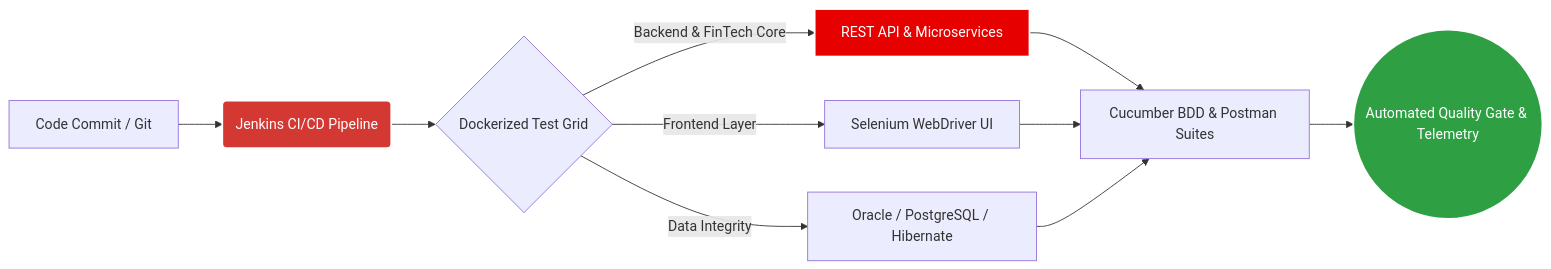
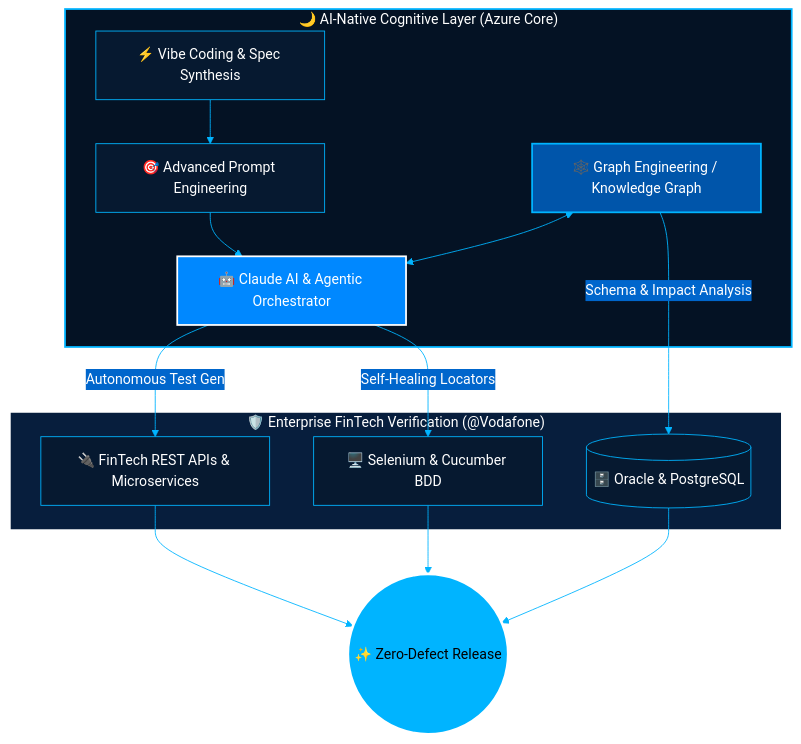
Before and after one commit to UyCoder/UyCoder: the diagram in README.md, drawn with Mermaid. The commit also changed other lines of this file, not shown here.

````diff
--- a/README.md
+++ b/README.md
@@ -58,15 +63,25 @@
 ```mermaid
-graph LR
-    A[Code Commit / Git] --> B(Jenkins CI/CD Pipeline)
-    B --> C{Dockerized Test Grid}
-    C -->|Backend & FinTech Core| D[REST API & Microservices]
-    C -->|Frontend Layer| E[Selenium WebDriver UI]
-    C -->|Data Integrity| F[Oracle / PostgreSQL / Hibernate]
-    D --> G[Cucumber BDD & Postman Suites]
-    E --> G
-    F --> G
-    G --> H((Automated Quality Gate & Telemetry))
-    style B fill:#D33833,stroke:#fff,stroke-width:2px,color:#fff
-    style D fill:#E60000,stroke:#fff,stroke-width:2px,color:#fff
-    style H fill:#2EA043,stroke:#fff,stroke-width:2px,color:#fff
+%%{init: {'theme': 'base', 'themeVariables': { 'primaryColor': '#061930', 'primaryTextColor': '#ffffff', 'primaryBorderColor': '#00B4FF', 'lineColor': '#00B4FF', 'secondaryColor': '#0066CC', 'tertiaryColor': '#041020'}}}%%
+graph TD
+    subgraph AI_NEXUS ["🌙 AI-Native Cognitive Layer (Azure Core)"]
+        VIBE["⚡ Vibe Coding & Spec Synthesis"] --> PE["🎯 Advanced Prompt Engineering"]
+        PE --> CLAUDE["🤖 Claude AI & Agentic Orchestrator"]
+        GRAPH["🕸️ Graph Engineering / Knowledge Graph"] <--> CLAUDE
+    end
+
+    subgraph FINTECH_CORE ["🛡️ Enterprise FinTech Verification (@Vodafone)"]
+        CLAUDE -->|Autonomous Test Gen| API["🔌 FinTech REST APIs & Microservices"]
+        CLAUDE -->|Self-Healing Locators| UI["🖥️ Selenium & Cucumber BDD"]
+        GRAPH -->|Schema & Impact Analysis| DB[("🗄️ Oracle & PostgreSQL")]
+    end
+
+    API --> GATE(("✨ Zero-Defect Release"))
+    UI --> GATE
+    DB --> GATE
+
+    style AI_NEXUS fill:#041224,stroke:#00B4FF,stroke-width:2px,color:#ffffff
+    style FINTECH_CORE fill:#071E3D,stroke:#ffffff,stroke-width:1.5px,color:#ffffff
+    style CLAUDE fill:#0088FF,stroke:#ffffff,stroke-width:2px,color:#ffffff
+    style GRAPH fill:#0055AA,stroke:#00B4FF,stroke-width:2px,color:#ffffff
+    style GATE fill:#00B4FF,stroke:#ffffff,stroke-width:3px,color:#000000
 ```
````
